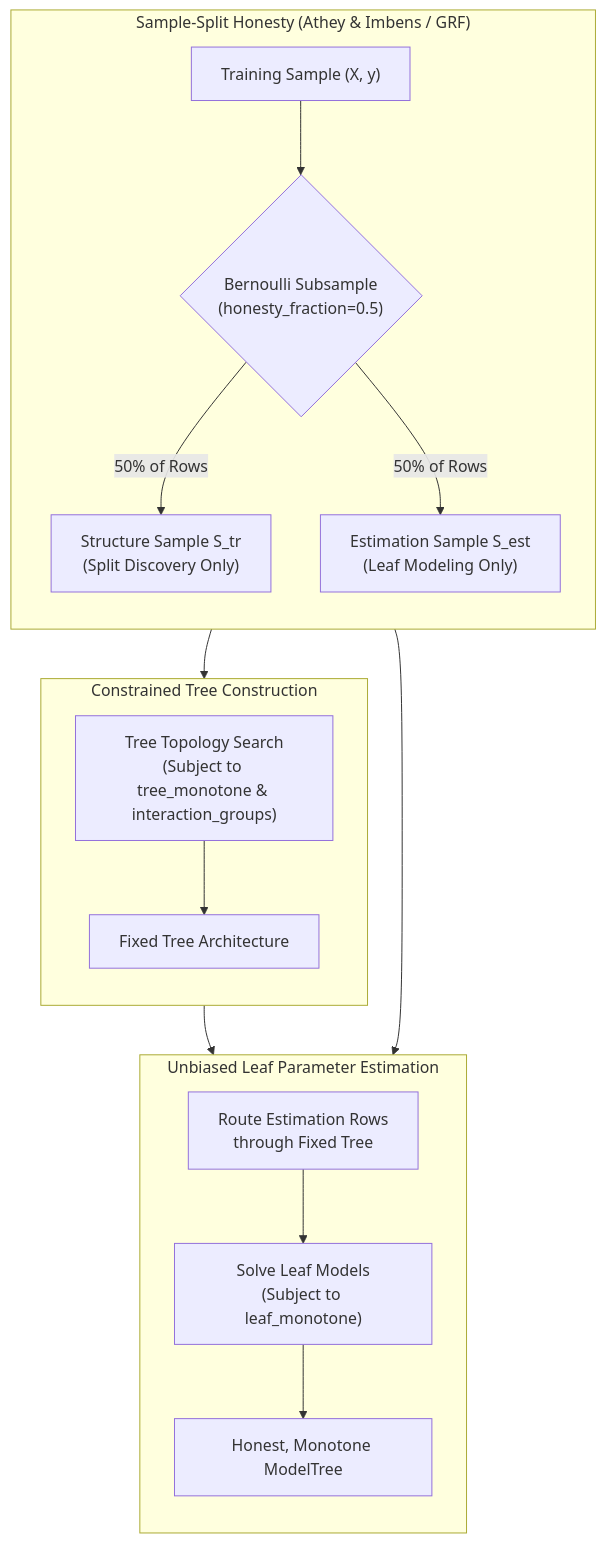
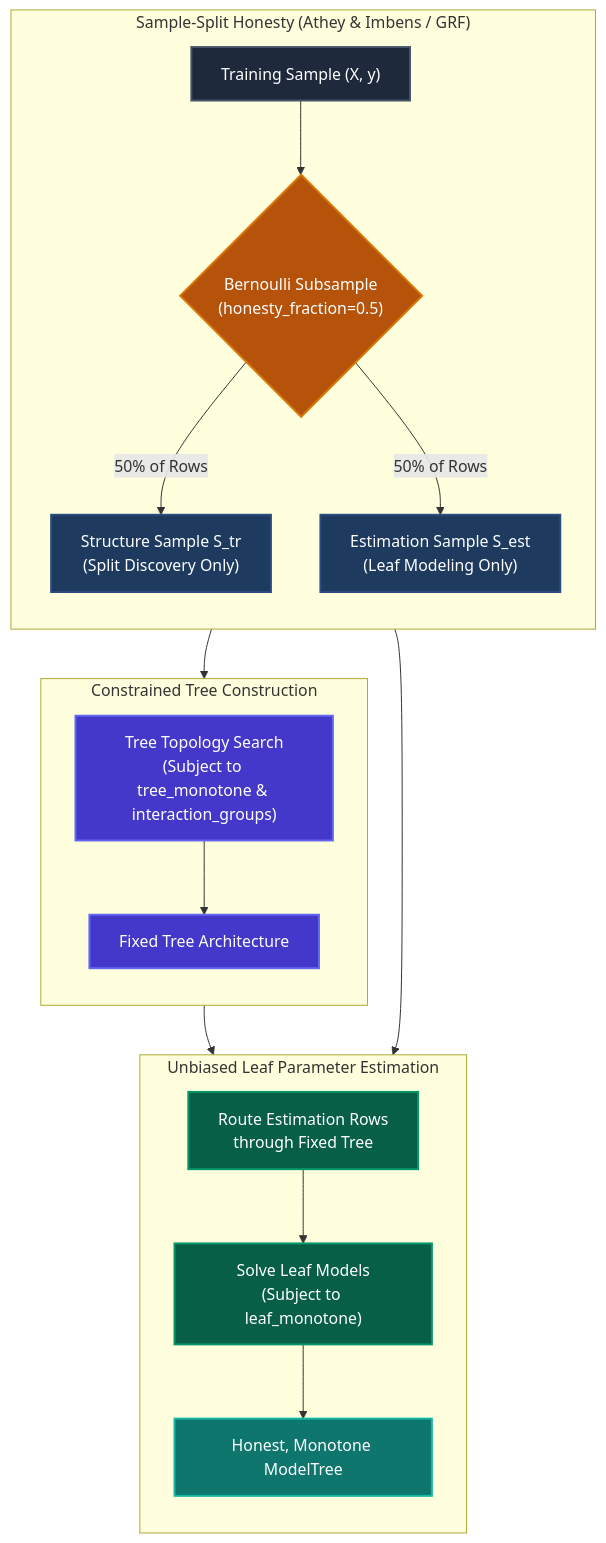
One commit to jkapila/mltreelib changed the diagram in docs/examples/constraints-and-honesty.md. Above: the diagram before and after it, drawn with Mermaid. The commit also changed 18 other files, not shown here.

Commit message:
docs: add native ModelTree graph, 5-leaf survival profiles, and color palette across all Mermaid diagrams

````diff
--- a/docs/examples/constraints-and-honesty.md
+++ b/docs/examples/constraints-and-honesty.md
@@ -22,22 +22,36 @@
 ```mermaid
 flowchart TD
     subgraph DataPartition["Sample-Split Honesty (Athey & Imbens / GRF)"]
         direction TB
         Raw["Training Sample (X, y)"] --> Split{"Bernoulli Subsample\n(honesty_fraction=0.5)"}
         Split -->|"50% of Rows"| Str["Structure Sample S_tr\n(Split Discovery Only)"]
         Split -->|"50% of Rows"| Est["Estimation Sample S_est\n(Leaf Modeling Only)"]
     end
 
     subgraph TreeBuild["Constrained Tree Construction"]
         direction TB
         Str --> Partition["Tree Topology Search\n(Subject to tree_monotone & interaction_groups)"]
         Partition --> Topology["Fixed Tree Architecture"]
     end
 
     subgraph LeafFitting["Unbiased Leaf Parameter Estimation"]
         direction TB
         Topology & Est --> Route["Route Estimation Rows\nthrough Fixed Tree"]
         Route --> Solve["Solve Leaf Models\n(Subject to leaf_monotone)"]
         Solve --> Final["Honest, Monotone ModelTree"]
     end
+
+    classDef dataBox fill:#1e293b,stroke:#475569,stroke-width:2px,color:#ffffff;
+    classDef gateBox fill:#b45309,stroke:#d97706,stroke-width:2px,color:#ffffff;
+    classDef sampleBox fill:#1e3a5f,stroke:#2b4c7e,stroke-width:2px,color:#ffffff;
+    classDef treeBox fill:#4338ca,stroke:#6366f1,stroke-width:2px,color:#ffffff;
+    classDef solveBox fill:#065f46,stroke:#059669,stroke-width:2px,color:#ffffff;
+    classDef finalBox fill:#0f766e,stroke:#14b8a6,stroke-width:2px,color:#ffffff;
+
+    class Raw dataBox;
+    class Split gateBox;
+    class Str,Est sampleBox;
+    class Partition,Topology treeBox;
+    class Route,Solve solveBox;
+    class Final finalBox;
 ```
````
